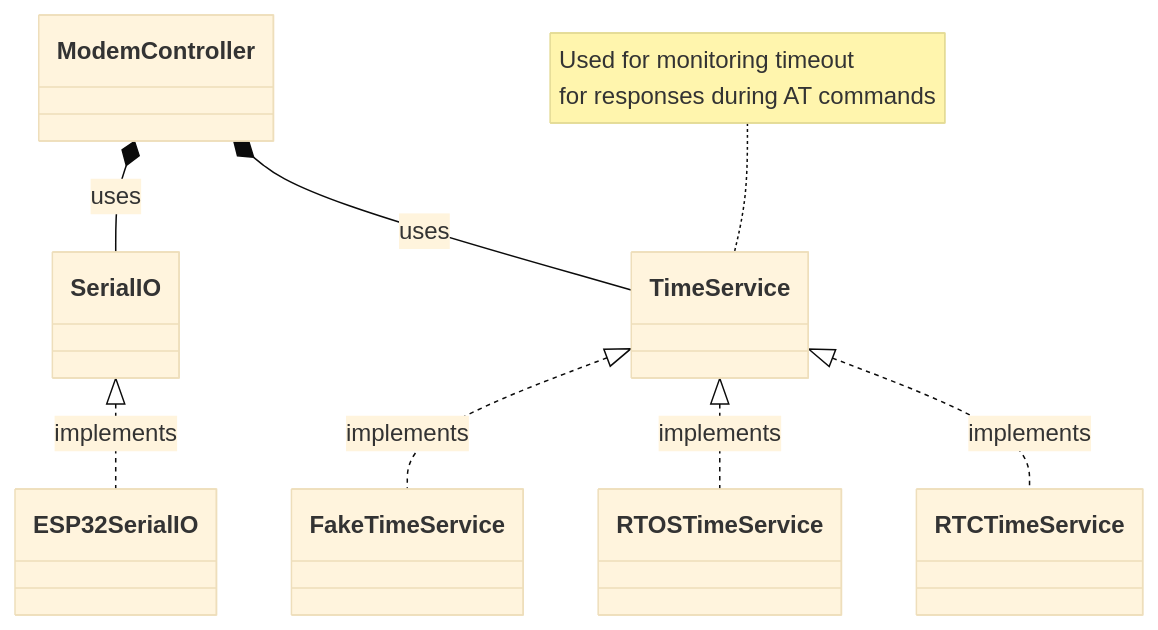
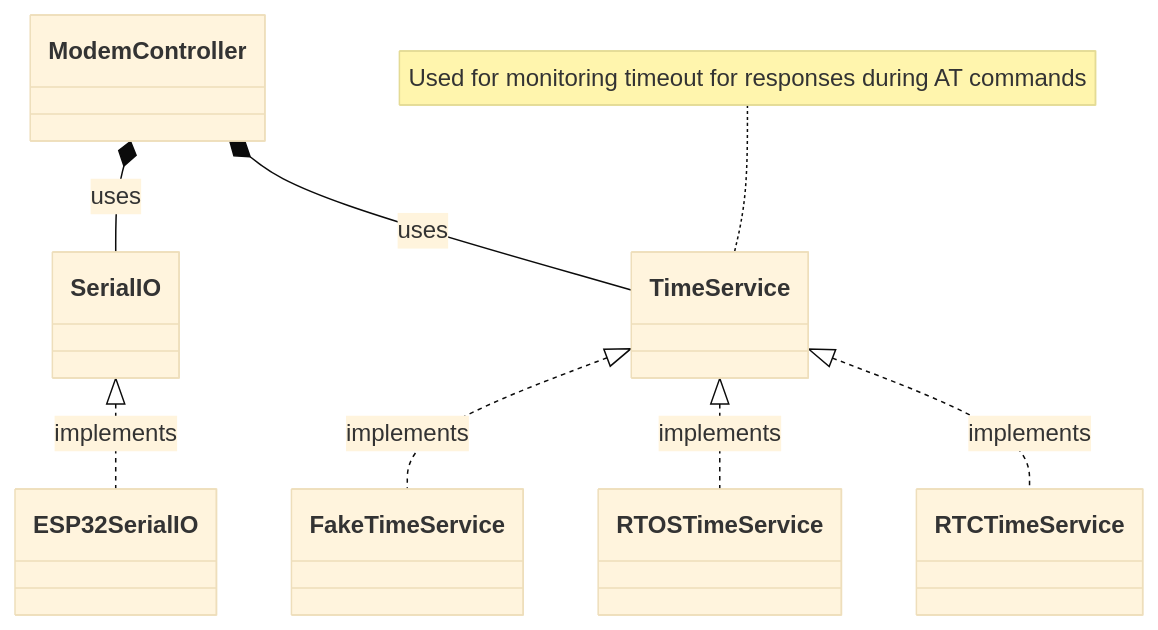
The diagram in README.md (aungkhantmaw64/BC95Driver), drawn with Mermaid (base theme) before and after one commit.

Commit message:
Fixes UML diagram error

````diff
--- a/README.md
+++ b/README.md
@@ -23,11 +23,10 @@
 ```mermaid
 classDiagram
     ModemController *-- SerialIO: uses
     SerialIO <|.. ESP32SerialIO: implements
     ModemController *-- TimeService: uses
     TimeService <|.. FakeTimeService: implements
     TimeService <|.. RTOSTimeService: implements
     TimeService <|.. RTCTimeService: implements
-    note for TimeService "Used for monitoring timeout
-    for responses during AT commands"
+    note for TimeService "Used for monitoring timeout for responses during AT commands"
 ```
````
